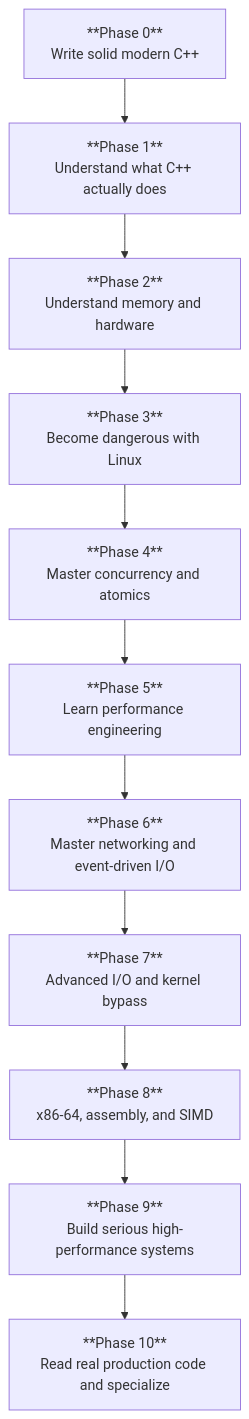
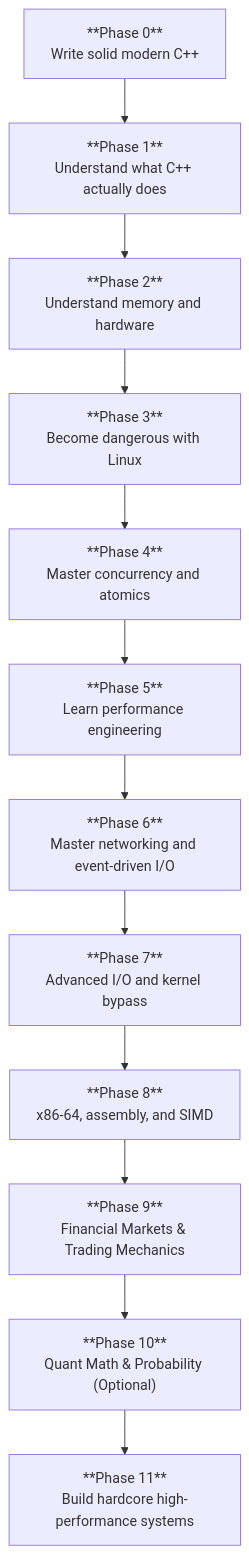
Before and after one commit to RustamSheoran/cpp-roadmap: the first of 4 diagrams in README.md, drawn with Mermaid. The commit also changed other lines of this file, not shown here.

`````diff
--- a/README.md
+++ b/README.md
@@ -34,13 +54,14 @@
 ```mermaid
 flowchart TD
     P0["**Phase 0**<br/>Write solid modern C++"] --> P1["**Phase 1**<br/>Understand what C++ actually does"]
     P1 --> P2["**Phase 2**<br/>Understand memory and hardware"]
     P2 --> P3["**Phase 3**<br/>Become dangerous with Linux"]
     P3 --> P4["**Phase 4**<br/>Master concurrency and atomics"]
     P4 --> P5["**Phase 5**<br/>Learn performance engineering"]
     P5 --> P6["**Phase 6**<br/>Master networking and event-driven I/O"]
     P6 --> P7["**Phase 7**<br/>Advanced I/O and kernel bypass"]
     P7 --> P8["**Phase 8**<br/>x86-64, assembly, and SIMD"]
-    P8 --> P9["**Phase 9**<br/>Build serious high-performance systems"]
-    P9 --> P10["**Phase 10**<br/>Read real production code and specialize"]
-````
+    P8 --> P9["**Phase 9**<br/>Financial Markets & Trading Mechanics"]
+    P9 --> P10["**Phase 10**<br/>Quant Math & Probability (Optional)"]
+    P10 --> P11["**Phase 11**<br/>Build hardcore high-performance systems"]
+```
`````
